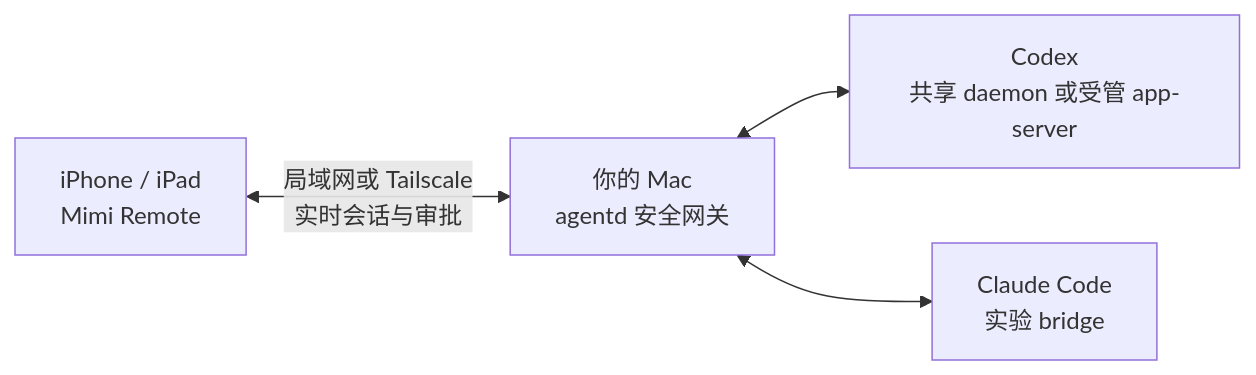
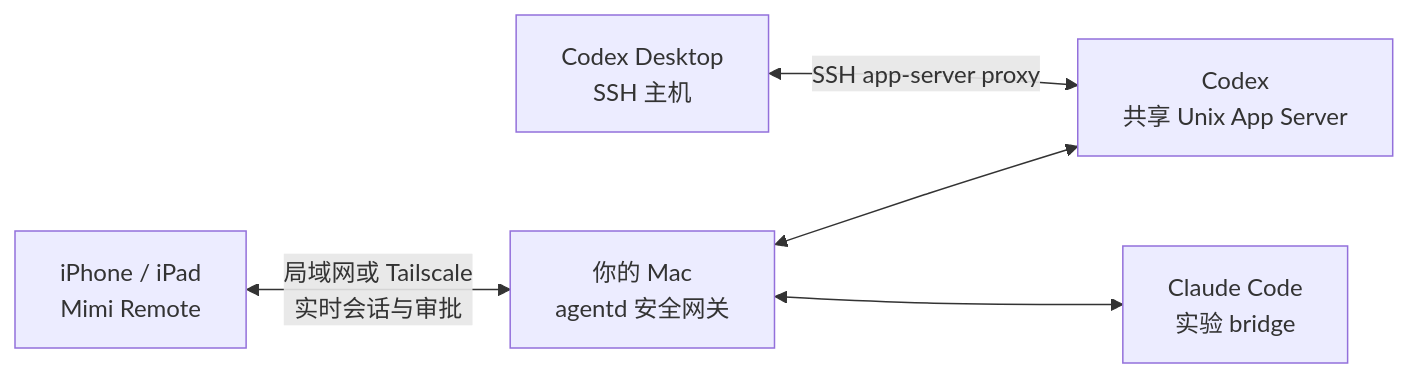
The diagram in README.zh-CN.md (gaixianggeng/mimi-remote), drawn with Mermaid before and after one commit. The commit also changed other lines of this file and 195 other files, not shown here.

First line of the commit message:
MIM-206/MIM-207 移除 Desktop IPC 并通过 SSH 共享 App Server (#277)

````diff
--- a/README.zh-CN.md
+++ b/README.zh-CN.md
@@ -143,11 +143,13 @@
 ```mermaid
 flowchart LR
     Mobile["iPhone / iPad<br/>Mimi Remote"]
     Gateway["你的 Mac<br/>agentd 安全网关"]
-    Codex["Codex<br/>共享 daemon 或受管 app-server"]
+    Codex["Codex<br/>共享 Unix App Server"]
+    Desktop["Codex Desktop<br/>SSH 主机"]
     Claude["Claude Code<br/>实验 bridge"]
 
     Mobile <-->|"局域网或 Tailscale<br/>实时会话与审批"| Gateway
     Gateway <--> Codex
+    Desktop <-->|"SSH app-server proxy"| Codex
     Gateway <--> Claude
 ```
````
